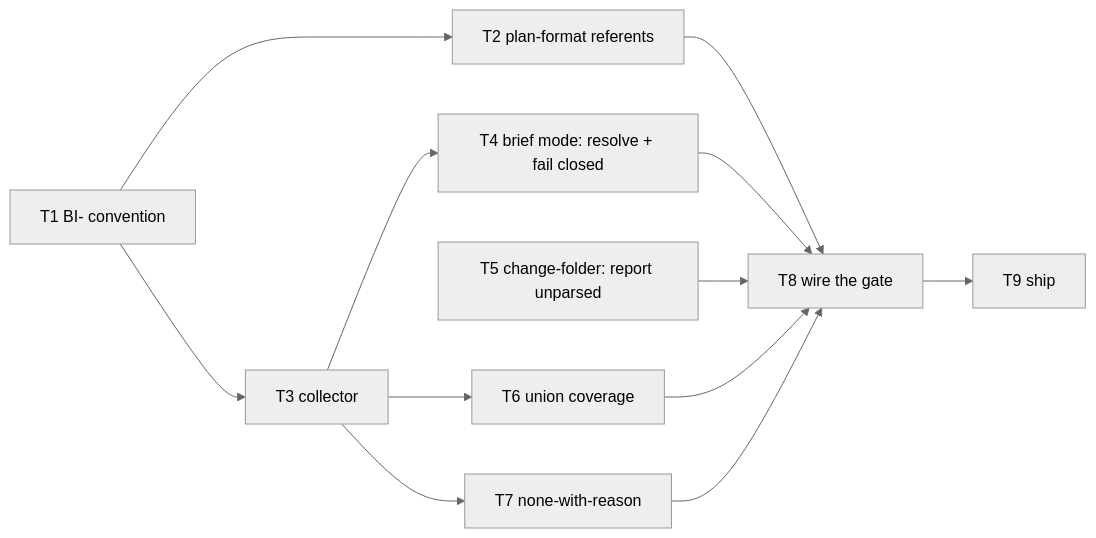
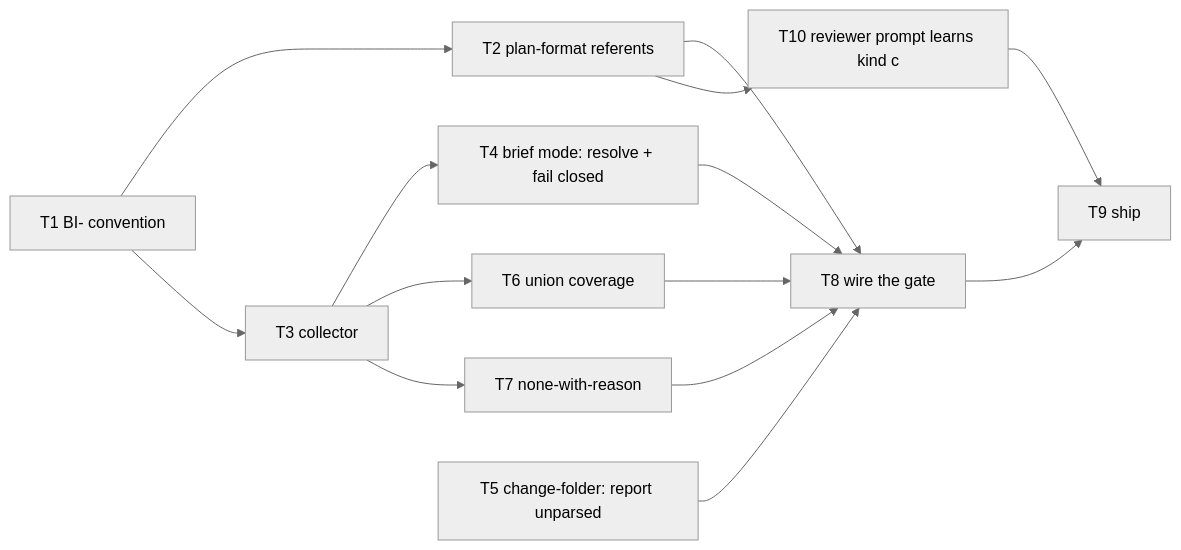
Before and after one commit to kouko/monkey-skills: the diagram in docs/loom/plans/2026-08-13-brief-item-addressability.md, drawn with Mermaid (neutral theme). The commit also changed other lines of this file and 3 other files, not shown here.

````diff
--- a/docs/loom/plans/2026-08-13-brief-item-addressability.md
+++ b/docs/loom/plans/2026-08-13-brief-item-addressability.md
@@ -21,14 +21,16 @@
 ```mermaid
 flowchart LR
   T1[T1 BI- convention] --> T2[T2 plan-format referents]
   T1 --> T3[T3 collector]
   T3 --> T4[T4 brief mode: resolve + fail closed]
   T3 --> T6[T6 union coverage]
   T3 --> T7[T7 none-with-reason]
   T2 --> T8[T8 wire the gate]
   T4 --> T8
   T5[T5 change-folder: report unparsed] --> T8
   T6 --> T8
   T7 --> T8
   T8 --> T9[T9 ship]
+  T2 --> T10[T10 reviewer prompt learns kind c]
+  T10 --> T9
 ```
````
